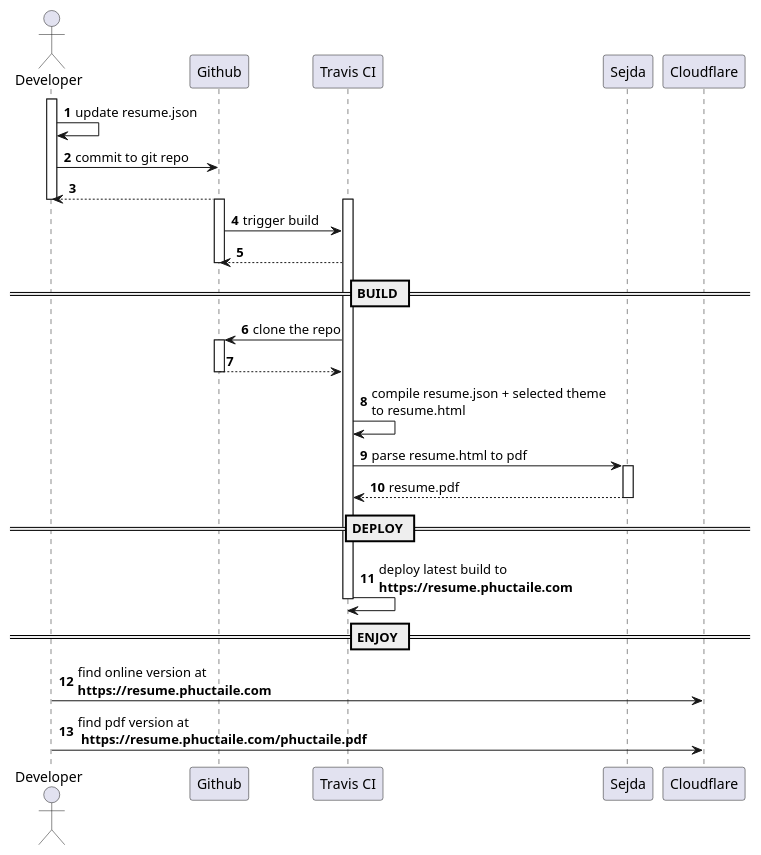
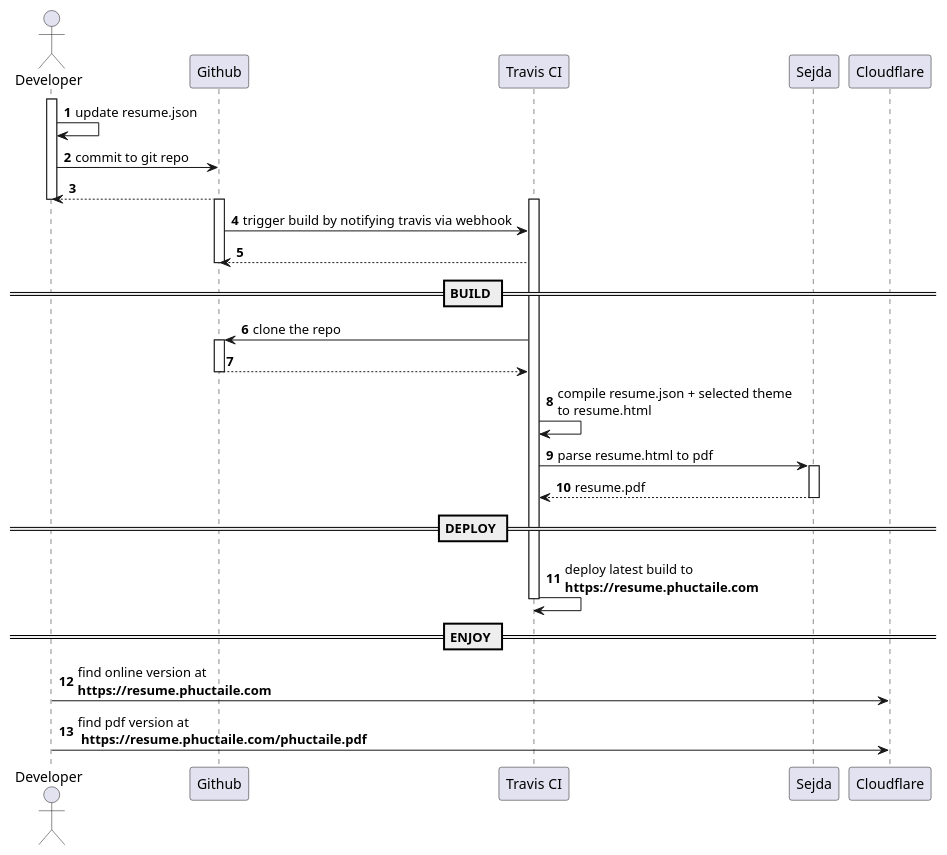
Before and after one commit to lptai/resume: the diagram in flow.plantuml, drawn with PlantUML. The commit also changed 2 other files, not shown here.

Commit message:
Add build status & diagram

```diff
--- a/flow.plantuml
+++ b/flow.plantuml
@@ -1,36 +1,35 @@
 @startuml resume sequence diagram
 actor Developer as dev
 participant "Github" as github
 participant "Travis CI" as travis
 participant "Sejda" as sejda
 participant "Cloudflare" as cdn
 autonumber
 activate dev
 dev -> dev: update resume.json
 dev -> github: commit to git repo
 return
 deactivate dev
 activate github
 activate travis
-github -> travis: trigger build
+github -> travis: trigger build by notifying travis via webhook
 travis --> github
 deactivate github
 == BUILD ==
-
 travis -> github: clone the repo
 activate github
 github --> travis:
 deactivate github
 travis -> travis: compile resume.json + selected theme\nto resume.html
 
 travis -> sejda: parse resume.html to pdf
 activate sejda
 sejda --> travis: resume.pdf
 deactivate sejda
 == DEPLOY ==
 travis -> travis: deploy latest build to\n<b>https://resume.phuctaile.com</b>
 deactivate travis
 == ENJOY ==
 dev -> cdn: find online version at\n<b>https://resume.phuctaile.com</b>
 dev -> cdn: find pdf version at\n <b>https://resume.phuctaile.com/phuctaile.pdf</b>
 @enduml
```
